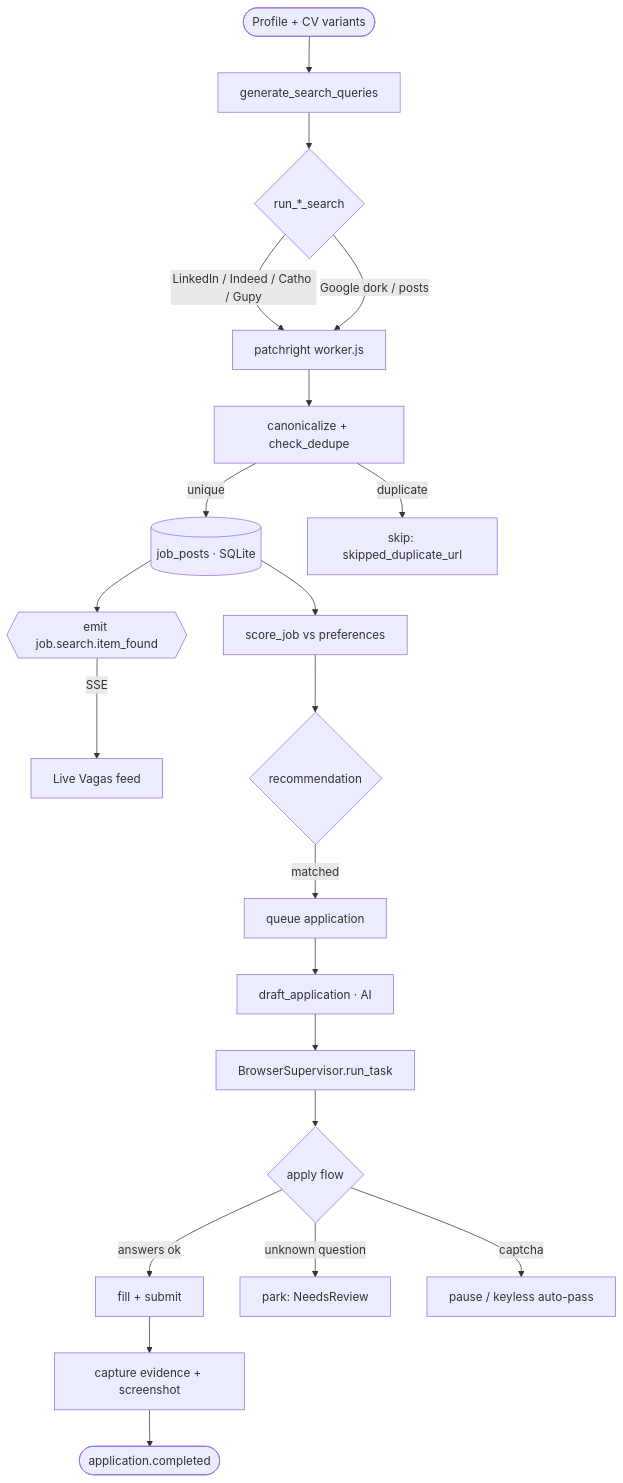
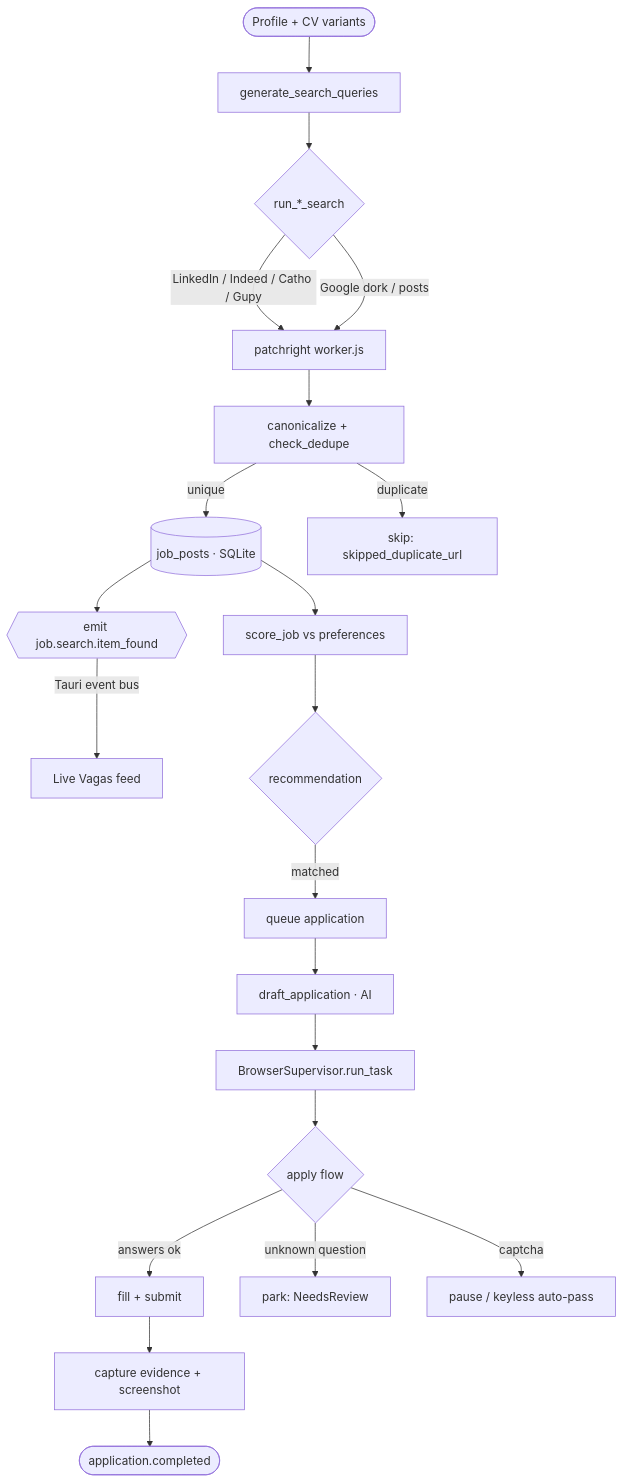
One commit to SobralCybersec/HireMeOps changed the first of 7 diagrams in README.md. Above: the diagram before and after it, drawn with Mermaid. The commit also changed other lines of this file and 30 other files, not shown here.

````diff
--- a/README.md
+++ b/README.md
@@ -65,23 +65,23 @@
 ```mermaid
 flowchart TD
     A([Profile + CV variants]) --> B[generate_search_queries]
     B --> C{run_*_search}
     C -->|LinkedIn / Indeed / Catho / Gupy| D[patchright worker.js]
     C -->|Google dork / posts| D
     D --> E[canonicalize + check_dedupe]
     E -->|unique| F[(job_posts · SQLite)]
     E -->|duplicate| SK[skip: skipped_duplicate_url]
     F --> EMIT{{emit job.search.item_found}}
-    EMIT -->|SSE| UI[Live Vagas feed]
+    EMIT -->|Tauri event bus| UI[Live Vagas feed]
     F --> G[score_job vs preferences]
     G --> H{recommendation}
     H -->|matched| Q[queue application]
     Q --> R[draft_application · AI]
     R --> S[BrowserSupervisor.run_task]
     S --> T{apply flow}
     T -->|answers ok| U[fill + submit]
     T -->|unknown question| RV[park: NeedsReview]
     T -->|captcha| CAP[pause / keyless auto-pass]
     U --> V[capture evidence + screenshot]
     V --> W([application.completed])
 ```
````
